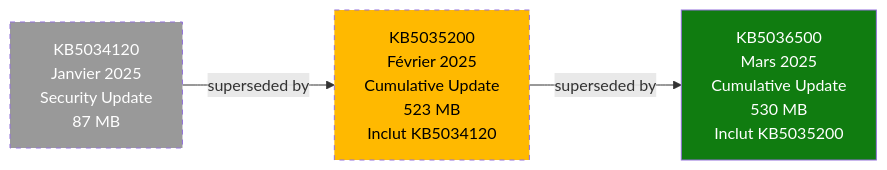
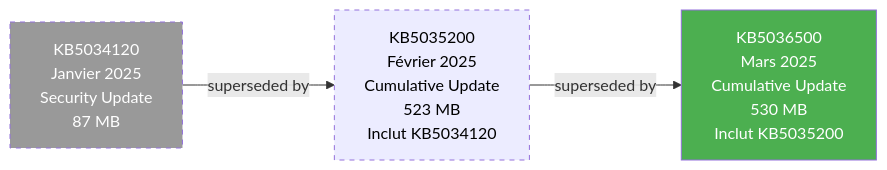
The diagram in docs/formations/windows-patching/04-module.md (VBlackJack/ShellBook), drawn with Mermaid before and after one commit. The commit also changed other lines of this file and 337 other files, not shown here.

First line of the commit message:
refactor(docs): Standardize code blocks and Mermaid colors

````diff
--- a/docs/formations/windows-patching/04-module.md
+++ b/docs/formations/windows-patching/04-module.md
@@ -45,13 +45,13 @@
 ```mermaid
 flowchart LR
     KB1[KB5034120<br/>Janvier 2025<br/>Security Update<br/>87 MB]
     KB2[KB5035200<br/>Février 2025<br/>Cumulative Update<br/>523 MB<br/>Inclut KB5034120]
     KB3[KB5036500<br/>Mars 2025<br/>Cumulative Update<br/>530 MB<br/>Inclut KB5035200]
 
     KB1 -->|superseded by| KB2
     KB2 -->|superseded by| KB3
 
     style KB1 fill:#999,color:#fff,stroke-dasharray: 5 5
-    style KB2 fill:#FFB900,color:#000,stroke-dasharray: 5 5
-    style KB3 fill:#107C10,color:#fff
+    style KB2 fill:#FF9800800800,color:#000,stroke-dasharray: 5 5
+    style KB3 fill:#4CAF50,color:#fff
 ```
````
